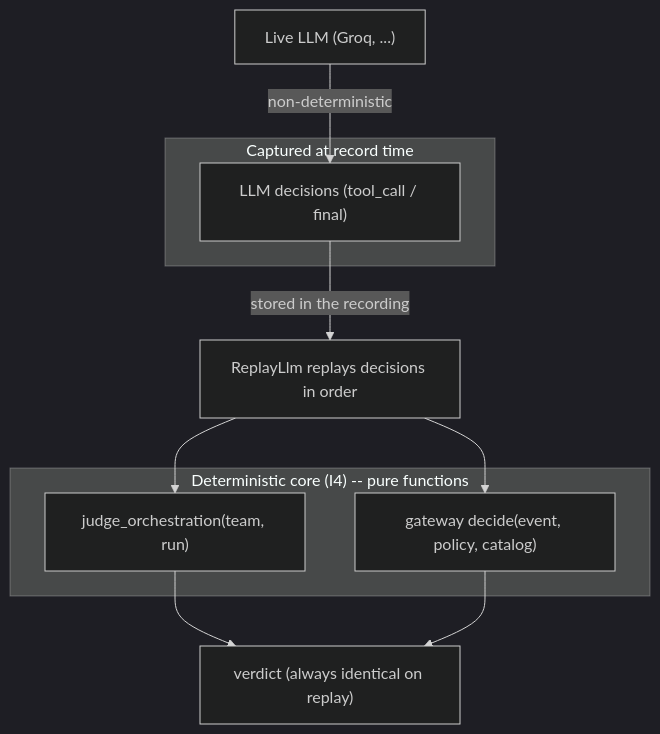
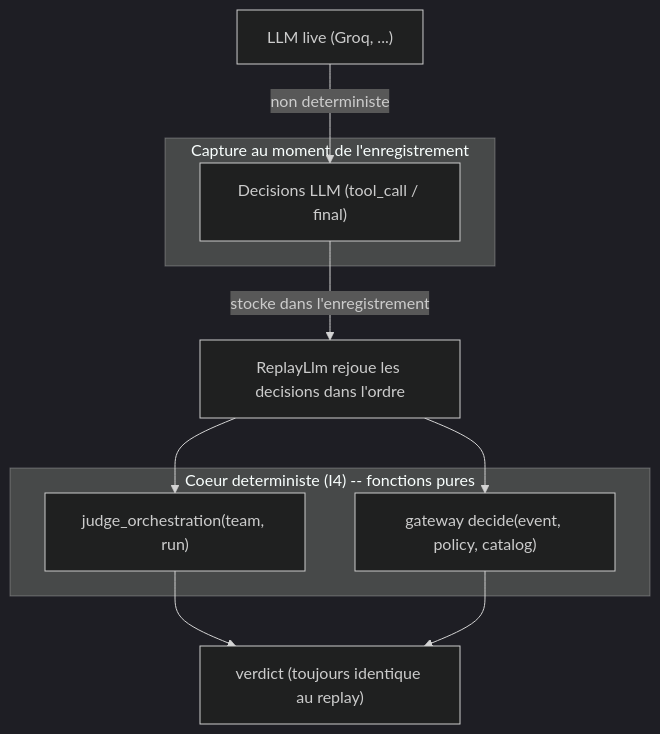
Before and after one commit to mo0ogly/recette_IA_agents: the second of 8 diagrams in docs/runbooks/replay-model.md, drawn with Mermaid (dark theme). The commit also changed other lines of this file and 25 other files, not shown here.

````diff
--- a/docs/runbooks/replay-model.md
+++ b/docs/runbooks/replay-model.md
@@ -40,16 +41,16 @@
 ```mermaid
 flowchart TD
-  subgraph PURE["Deterministic core (I4) -- pure functions"]
+  subgraph PURE["Coeur deterministe (I4) -- fonctions pures"]
     J1["judge_orchestration(team, run)"]
     J2["gateway decide(event, policy, catalog)"]
   end
-  subgraph CAPTURED["Captured at record time"]
-    C1["LLM decisions (tool_call / final)"]
+  subgraph CAPTURED["Capture au moment de l'enregistrement"]
+    C1["Decisions LLM (tool_call / final)"]
   end
-  LLM["Live LLM (Groq, ...)"] -- "non-deterministic" --> C1
-  C1 -- "stored in the recording" --> RPL["ReplayLlm replays decisions in order"]
+  LLM["LLM live (Groq, ...)"] -- "non deterministe" --> C1
+  C1 -- "stocke dans l'enregistrement" --> RPL["ReplayLlm rejoue les decisions dans l'ordre"]
   RPL --> J1
   RPL --> J2
-  J1 --> V["verdict (always identical on replay)"]
+  J1 --> V["verdict (toujours identique au replay)"]
   J2 --> V
 ```
````
